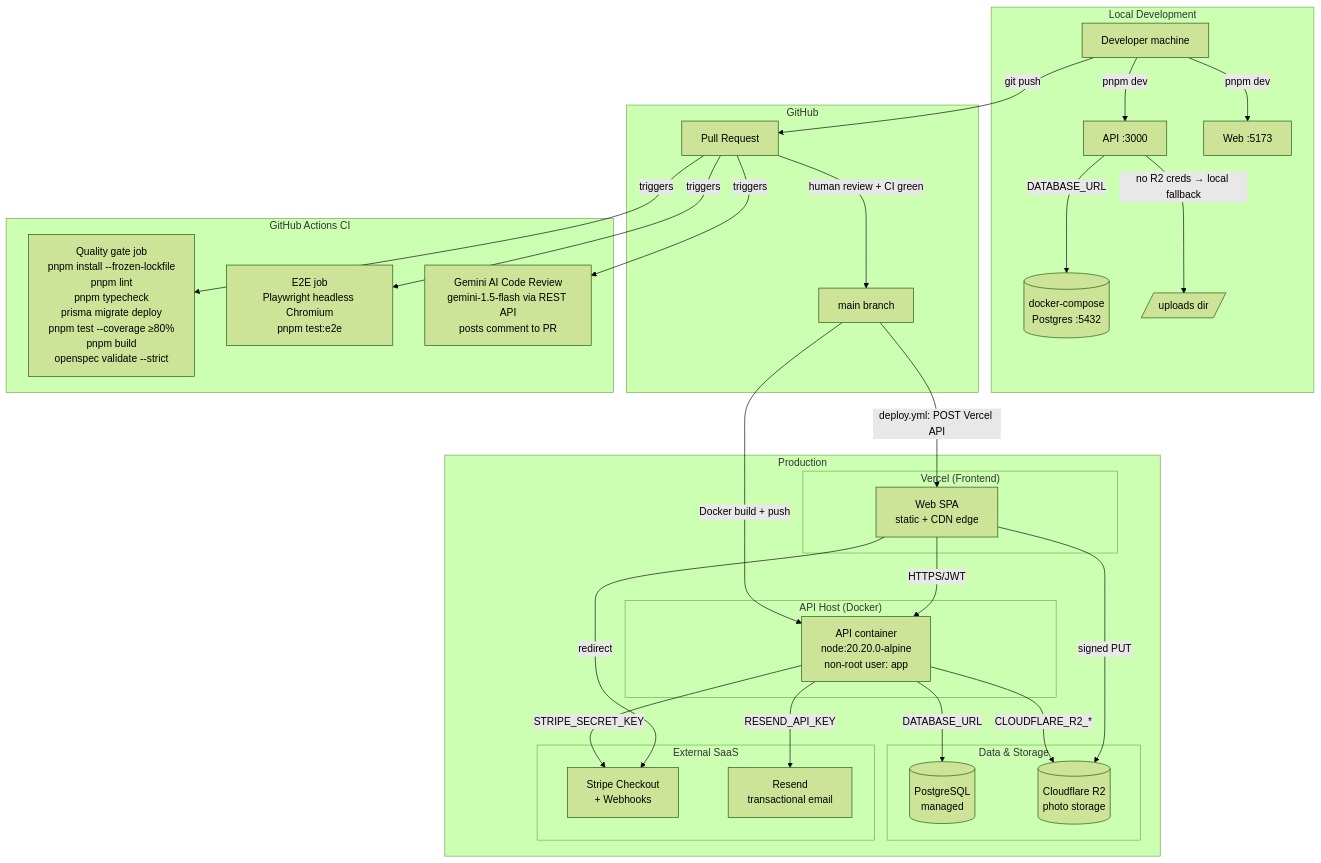
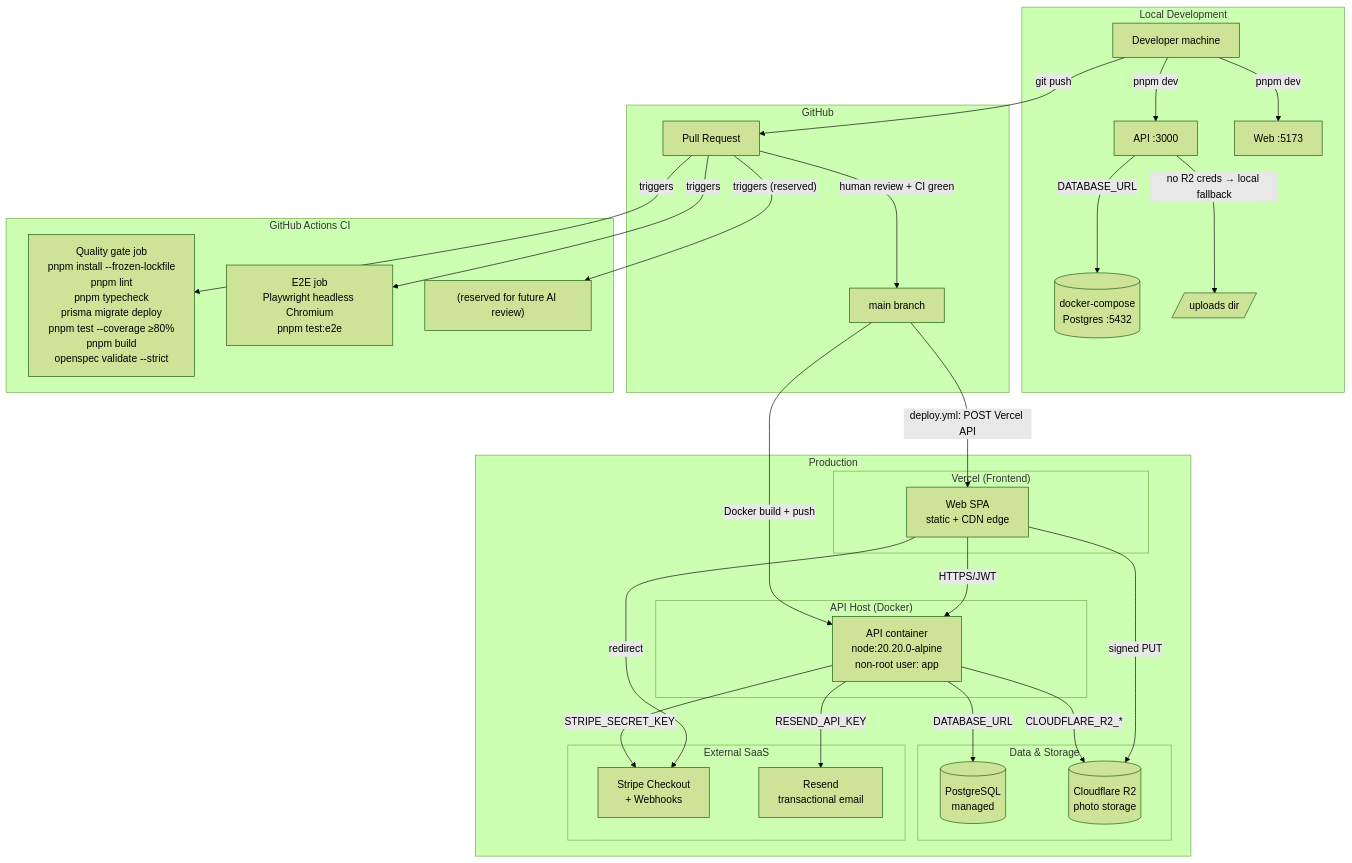
The second of 3 diagrams in README.md (luchosr/NomadHome), drawn with Mermaid (forest theme) before and after one commit. The commit also changed other lines of this file, not shown here.

````diff
--- a/README.md
+++ b/README.md
@@ -346,54 +332,54 @@
 ```mermaid
 flowchart TD
     subgraph dev["Local Development"]
         D[Developer machine]
         DC[(docker-compose\nPostgres :5432)]
         D -- pnpm dev --> API_DEV[API :3000]
         D -- pnpm dev --> WEB_DEV[Web :5173]
         API_DEV -- DATABASE_URL --> DC
         API_DEV -- no R2 creds → local fallback --> UPLOADS[/uploads dir/]
     end
 
     subgraph gh["GitHub"]
         PR[Pull Request]
         MAIN[main branch]
     end
 
     subgraph ci["GitHub Actions CI"]
         GATE["Quality gate job\npnpm install --frozen-lockfile\npnpm lint\npnpm typecheck\nprisma migrate deploy\npnpm test --coverage ≥80%\npnpm build\nopenspec validate --strict"]
         E2E["E2E job\nPlaywright headless Chromium\npnpm test:e2e"]
-        GEMINI["Gemini AI Code Review\ngemini-1.5-flash via REST API\nposts comment to PR"]
+        GEMINI["(reserved for future AI review)"]
     end
 
     subgraph prod["Production"]
         subgraph vercel["Vercel (Frontend)"]
             WEB_PROD[Web SPA\nstatic + CDN edge]
         end
         subgraph api_host["API Host (Docker)"]
             API_PROD[API container\nnode:20.20.0-alpine\nnon-root user: app]
         end
         subgraph data["Data & Storage"]
             PG[(PostgreSQL\nmanaged)]
             R2[(Cloudflare R2\nphoto storage)]
         end
         subgraph ext["External SaaS"]
             STRIPE[Stripe Checkout\n+ Webhooks]
             RESEND[Resend\ntransactional email]
         end
     end
 
     D -- git push --> PR
     PR -- triggers --> GATE
     PR -- triggers --> E2E
-    PR -- triggers --> GEMINI
+    PR -- triggers (reserved) --> GEMINI
     PR -- human review + CI green --> MAIN
     MAIN -- deploy.yml: POST Vercel API --> WEB_PROD
     MAIN -- Docker build + push --> API_PROD
     API_PROD -- DATABASE_URL --> PG
     API_PROD -- CLOUDFLARE_R2_* --> R2
     API_PROD -- STRIPE_SECRET_KEY --> STRIPE
     API_PROD -- RESEND_API_KEY --> RESEND
     WEB_PROD -- HTTPS/JWT --> API_PROD
     WEB_PROD -- signed PUT --> R2
     WEB_PROD -- redirect --> STRIPE
 ```
````
